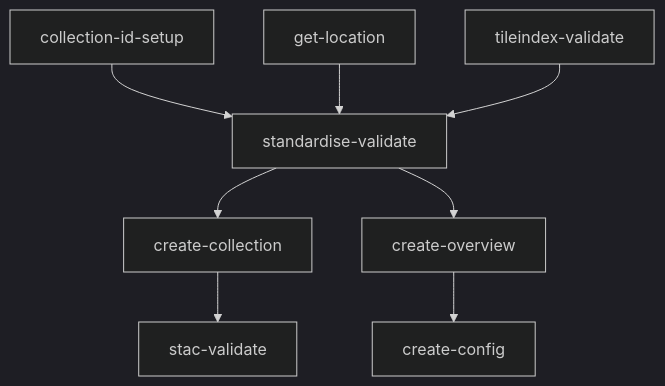
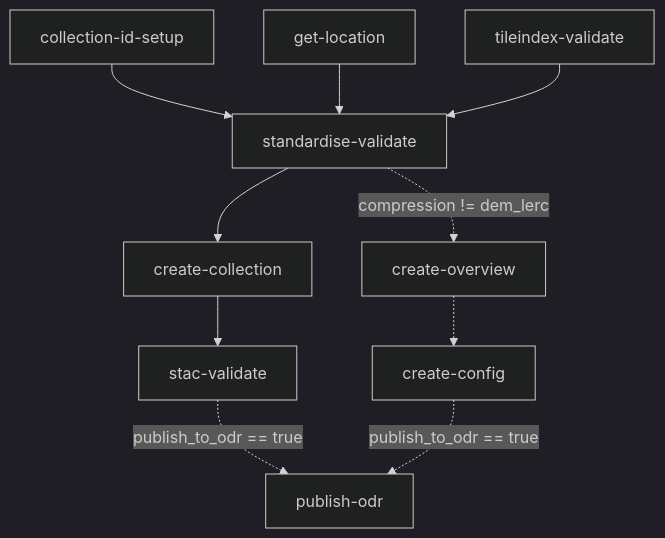
One commit to linz/topo-workflows changed the first of 3 diagrams in workflows/raster/README.md. Above: the diagram before and after it, drawn with Mermaid (dark theme). The commit also changed other lines of this file and 2 other files, not shown here.

First line of the commit message:
feat: add optional publish-odr standardising step TDE-1061 (#492)

````diff
--- a/workflows/raster/README.md
+++ b/workflows/raster/README.md
@@ -114,10 +118,10 @@
 ```mermaid
 graph TD;
     collection-id-setup-->standardise-validate;
     get-location-->standardise-validate;
     tileindex-validate-->standardise-validate;
     standardise-validate-->create-collection;
-    standardise-validate-->create-overview;
-    create-collection-->stac-validate;
-    create-overview-->create-config;
+    standardise-validate-.->|compression != dem_lerc|create-overview;
+    create-collection-->stac-validate-.->|publish_to_odr == true|publish-odr;
+    create-overview-.->create-config-.->|publish_to_odr == true|publish-odr;
 ```
````
